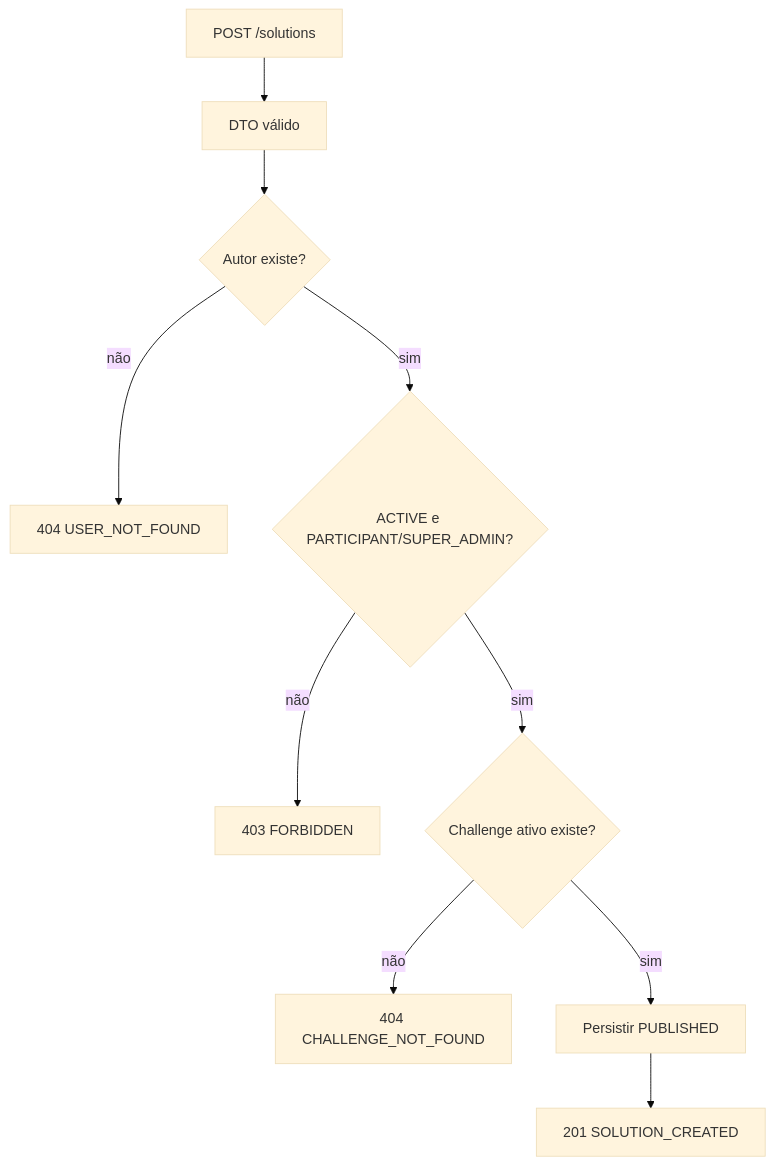
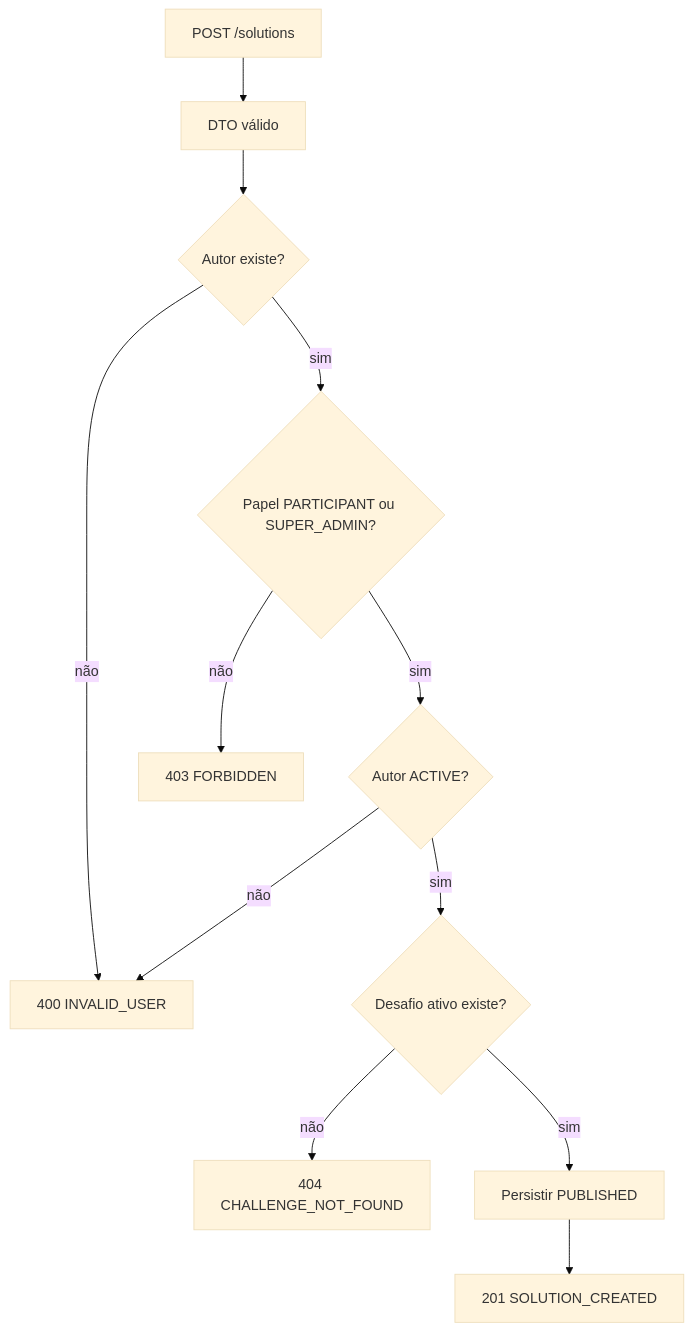
The first of 2 diagrams in docs/flows/modules/solutions.md (thaissacarvalho/Catalisa), drawn with Mermaid (base theme) before and after one commit. The commit also changed other lines of this file and 18 other files, not shown here.

````diff
--- a/docs/flows/modules/solutions.md
+++ b/docs/flows/modules/solutions.md
@@ -5,12 +5,14 @@
 ```mermaid
 flowchart TD
     A[POST /solutions] --> B[DTO válido]
     B --> C{Autor existe?}
-    C -- não --> E1[404 USER_NOT_FOUND]
-    C -- sim --> D{ACTIVE e PARTICIPANT/SUPER_ADMIN?}
+    C -- não --> E1[400 INVALID_USER]
+    C -- sim --> D{Papel PARTICIPANT ou SUPER_ADMIN?}
     D -- não --> E2[403 FORBIDDEN]
-    D -- sim --> F{Challenge ativo existe?}
+    D -- sim --> A1{Autor ACTIVE?}
+    A1 -- não --> E1
+    A1 -- sim --> F{Desafio ativo existe?}
     F -- não --> E3[404 CHALLENGE_NOT_FOUND]
     F -- sim --> G[Persistir PUBLISHED]
     G --> H[201 SOLUTION_CREATED]
 ```
````
